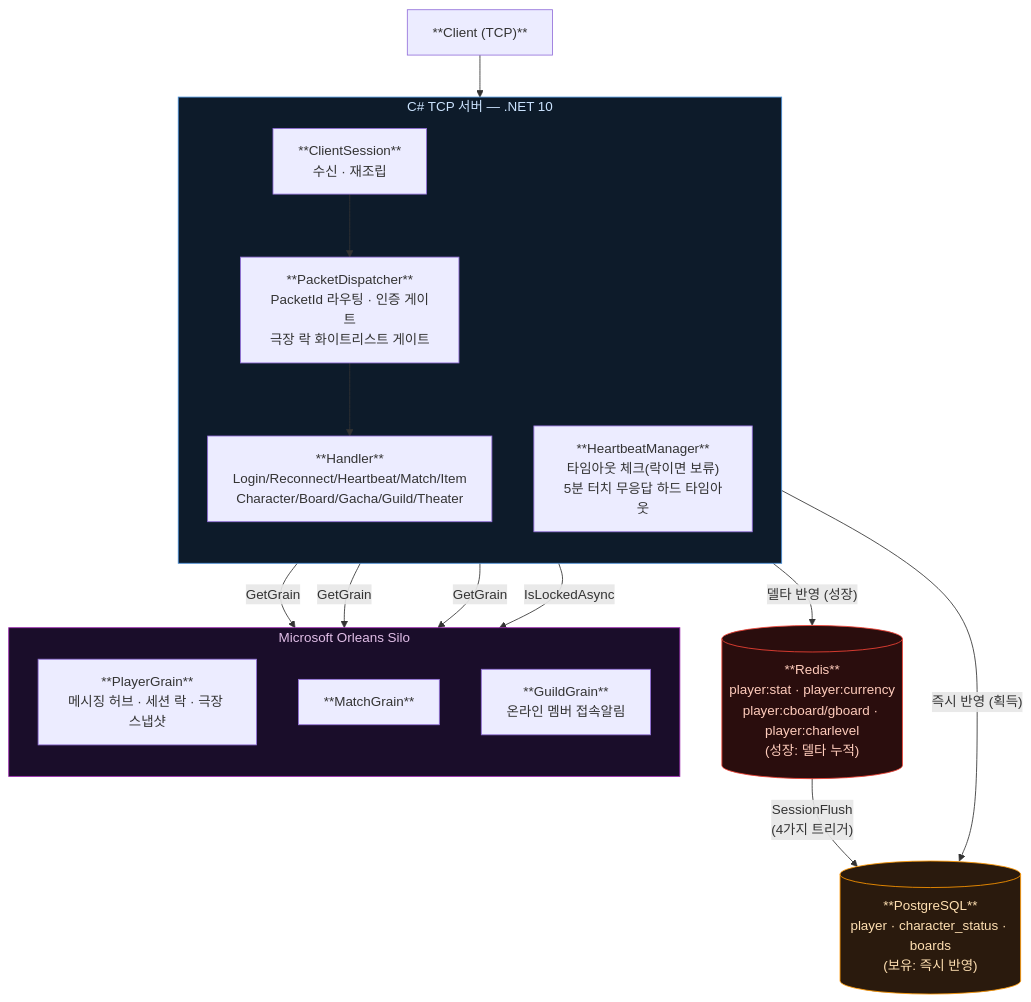
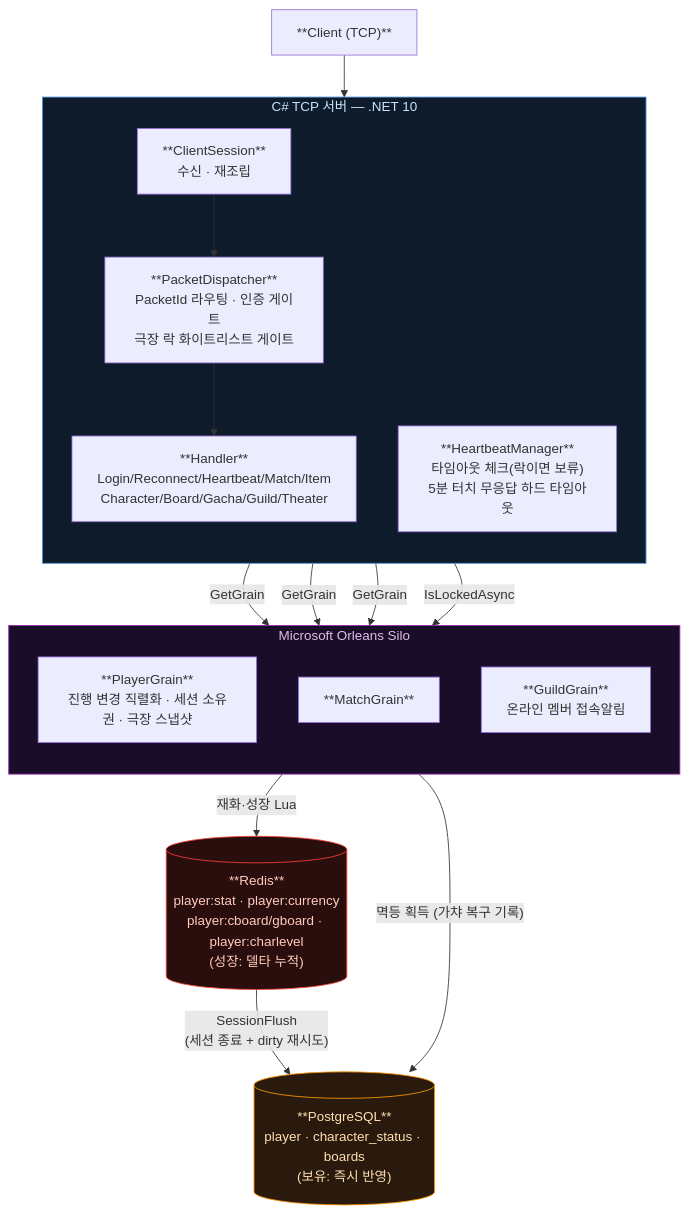
The diagram in README.md (Sewqp/Trickcal-Bottleneck-Server), drawn with Mermaid before and after one commit. The commit also changed other lines of this file and 53 other files, not shown here.

````diff
--- a/README.md
+++ b/README.md
@@ -83,36 +107,36 @@
 ```mermaid
 flowchart TD
     Client["**Client (TCP)**"]
 
     subgraph SRV["  C# TCP 서버 — .NET 10  "]
         direction TB
         CS["**ClientSession**\n수신 · 재조립"]
         PD["**PacketDispatcher**\nPacketId 라우팅 · 인증 게이트\n극장 락 화이트리스트 게이트"]
         HANDLERS["**Handler**\nLogin/Reconnect/Heartbeat/Match/Item\nCharacter/Board/Gacha/Guild/Theater"]
         HB["**HeartbeatManager**\n타임아웃 체크(락이면 보류)\n5분 터치 무응답 하드 타임아웃"]
     end
 
     subgraph ORLEANS["  Microsoft Orleans Silo  "]
         direction TB
-        PG["**PlayerGrain**\n메시징 허브 · 세션 락 · 극장 스냅샷"]
+        PG["**PlayerGrain**\n진행 변경 직렬화 · 세션 소유권 · 극장 스냅샷"]
         MG["**MatchGrain**"]
         GG["**GuildGrain**\n온라인 멤버 접속알림"]
     end
 
     Postgres[("**PostgreSQL**\nplayer · character_status · boards\n(보유: 즉시 반영)")]
     RedisDB[("**Redis**\nplayer:stat · player:currency\nplayer:cboard/gboard · player:charlevel\n(성장: 델타 누적)")]
 
     Client --> CS --> PD --> HANDLERS
     HANDLERS -->|"GetGrain"| PG
     HANDLERS -->|"GetGrain"| MG
     HANDLERS -->|"GetGrain"| GG
-    HANDLERS -->|"즉시 반영 (획득)"| Postgres
-    HANDLERS -->|"델타 반영 (성장)"| RedisDB
+    PG -->|"멱등 획득 (가챠 복구 기록)"| Postgres
+    PG -->|"재화·성장 Lua"| RedisDB
     HB -->|"IsLockedAsync"| PG
-    RedisDB -->|"SessionFlush\n(4가지 트리거)"| Postgres
+    RedisDB -->|"SessionFlush\n(세션 종료 + dirty 재시도)"| Postgres
 
     style SRV fill:#0d1b2a,stroke:#4a90d9,color:#cce4ff
     style ORLEANS fill:#1a0d2a,stroke:#9c27b0,color:#e1bee7
     style Postgres fill:#2a1a0d,stroke:#ff9800,color:#ffe0b2
     style RedisDB fill:#2a0d0d,stroke:#f44336,color:#ffccbc
 ```
````
